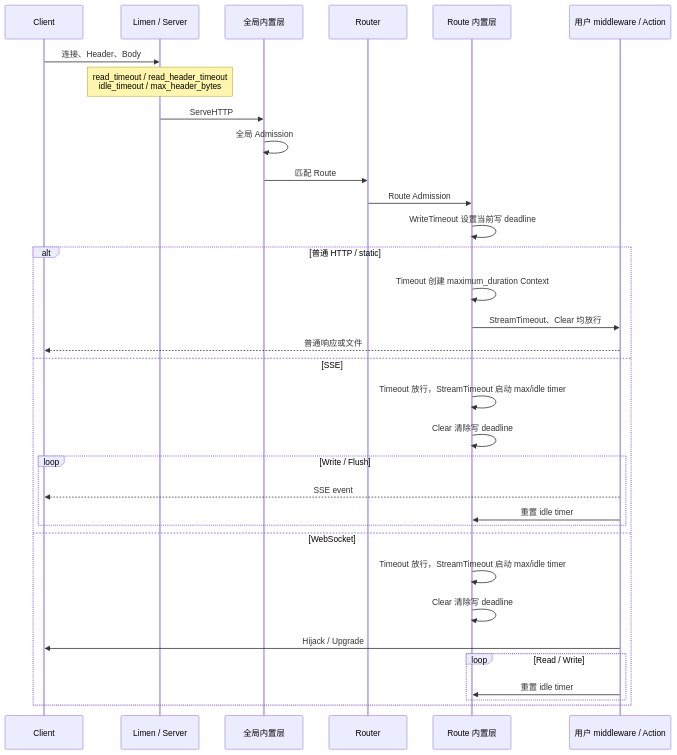
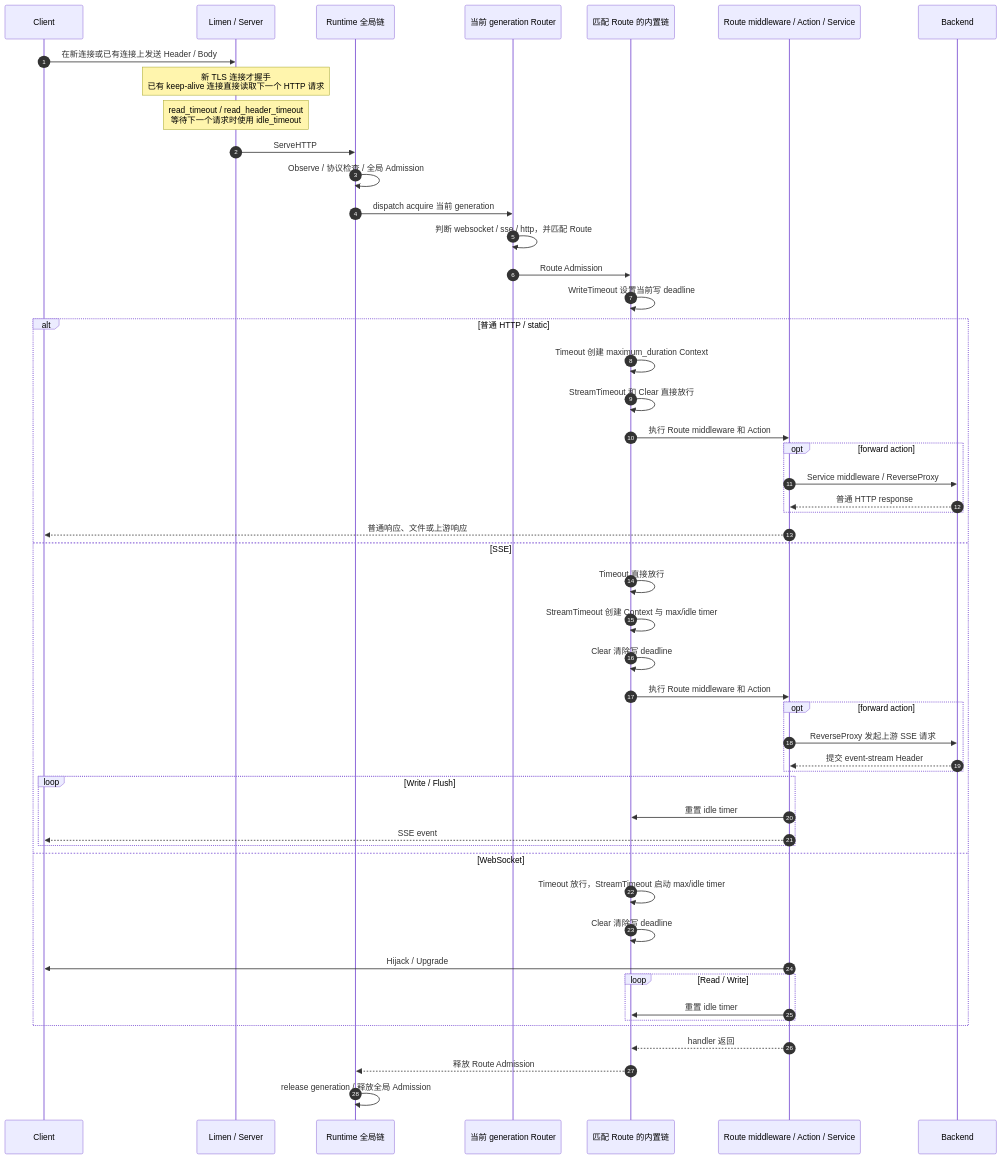
Before and after one commit to JimAlex927/Janus: the second of 2 diagrams in docs/不同类型请求的参数原理分布解析.md, drawn with Mermaid. The commit also changed other lines of this file and 33 other files, not shown here.

````diff
--- a/docs/不同类型请求的参数原理分布解析.md
+++ b/docs/不同类型请求的参数原理分布解析.md
@@ -209,37 +290,56 @@
 ```mermaid
 sequenceDiagram
-    participant Client
+    autonumber
+    participant Client as Client
     participant Server as Limen / Server
-    participant Global as 全局内置层
-    participant Router
-    participant Route as Route 内置层
-    participant Handler as 用户 middleware / Action
+    participant Global as Runtime 全局链
+    participant Router as 当前 generation Router
+    participant Route as 匹配 Route 的内置链
+    participant Handler as Route middleware / Action / Service
+    participant Backend as Backend
 
-    Client->>Server: 连接、Header、Body
-    Note over Server: read_timeout / read_header_timeout<br/>idle_timeout / max_header_bytes
+    Client->>Server: 在新连接或已有连接上发送 Header / Body
+    Note over Server: 新 TLS 连接才握手<br/>已有 keep-alive 连接直接读取下一个 HTTP 请求
+    Note over Server: read_timeout / read_header_timeout<br/>等待下一个请求时使用 idle_timeout
     Server->>Global: ServeHTTP
-    Global->>Global: 全局 Admission
-    Global->>Router: 匹配 Route
+    Global->>Global: Observe / 协议检查 / 全局 Admission
+    Global->>Router: dispatch acquire 当前 generation
+    Router->>Router: 判断 websocket / sse / http，并匹配 Route
     Router->>Route: Route Admission
     Route->>Route: WriteTimeout 设置当前写 deadline
 
     alt 普通 HTTP / static
         Route->>Route: Timeout 创建 maximum_duration Context
-        Route->>Handler: StreamTimeout、Clear 均放行
-        Handler-->>Client: 普通响应或文件
+        Route->>Route: StreamTimeout 和 Clear 直接放行
+        Route->>Handler: 执行 Route middleware 和 Action
+        opt forward action
+            Handler->>Backend: Service middleware / ReverseProxy
+            Backend-->>Handler: 普通 HTTP response
+        end
+        Handler-->>Client: 普通响应、文件或上游响应
     else SSE
-        Route->>Route: Timeout 放行，StreamTimeout 启动 max/idle timer
+        Route->>Route: Timeout 直接放行
+        Route->>Route: StreamTimeout 创建 Context 与 max/idle timer
         Route->>Route: Clear 清除写 deadline
+        Route->>Handler: 执行 Route middleware 和 Action
+        opt forward action
+            Handler->>Backend: ReverseProxy 发起上游 SSE 请求
+            Backend-->>Handler: 提交 event-stream Header
+        end
         loop Write / Flush
+            Handler->>Route: 重置 idle timer
             Handler-->>Client: SSE event
-            Handler->>Route: 重置 idle timer
         end
     else WebSocket
         Route->>Route: Timeout 放行，StreamTimeout 启动 max/idle timer
         Route->>Route: Clear 清除写 deadline
         Handler->>Client: Hijack / Upgrade
         loop Read / Write
             Handler->>Route: 重置 idle timer
         end
     end
+
+    Handler-->>Route: handler 返回
+    Route-->>Global: 释放 Route Admission
+    Global->>Global: release generation / 释放全局 Admission
 ```
````
